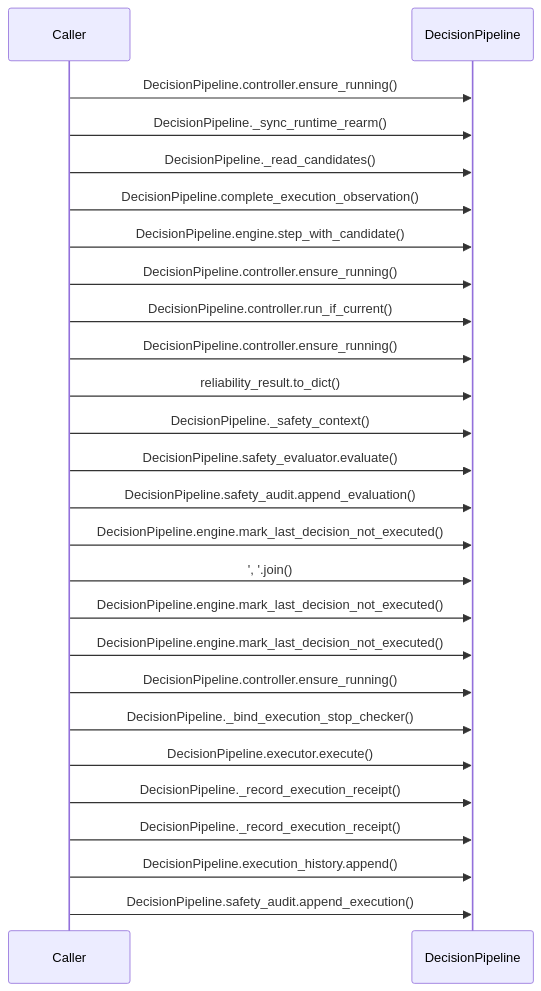
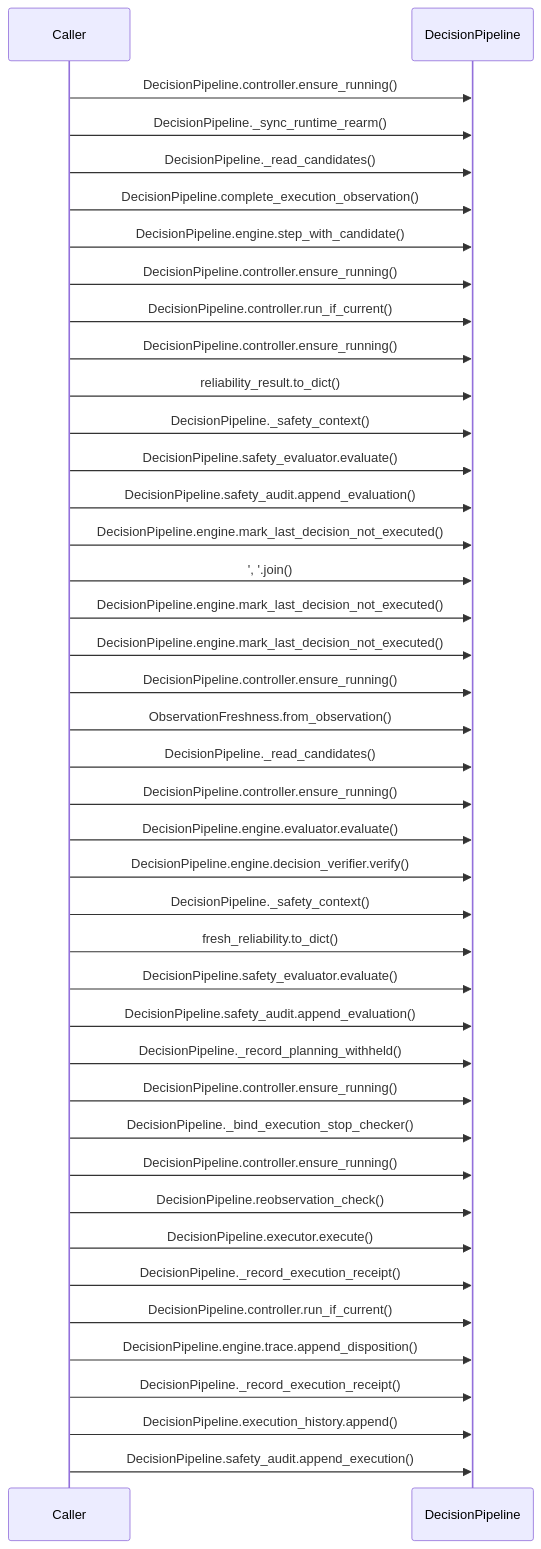
The diagram in doc/sequence_diagram.mmd (tomiya7688/AI_game_player), drawn with Mermaid before and after one commit. The commit also changed 4 other files, not shown here.

Commit message:
docs(planning): preserve comparison provenance and runtime diagrams (#567)

```diff
--- a/doc/sequence_diagram.mmd
+++ b/doc/sequence_diagram.mmd
@@ -1,26 +1,41 @@
 sequenceDiagram
     participant caller as Caller
     participant target as DecisionPipeline
     caller->>target: DecisionPipeline.controller.ensure_running()
     caller->>target: DecisionPipeline._sync_runtime_rearm()
     caller->>target: DecisionPipeline._read_candidates()
     caller->>target: DecisionPipeline.complete_execution_observation()
     caller->>target: DecisionPipeline.engine.step_with_candidate()
     caller->>target: DecisionPipeline.controller.ensure_running()
     caller->>target: DecisionPipeline.controller.run_if_current()
     caller->>target: DecisionPipeline.controller.ensure_running()
     caller->>target: reliability_result.to_dict()
     caller->>target: DecisionPipeline._safety_context()
     caller->>target: DecisionPipeline.safety_evaluator.evaluate()
     caller->>target: DecisionPipeline.safety_audit.append_evaluation()
     caller->>target: DecisionPipeline.engine.mark_last_decision_not_executed()
     caller->>target: ', '.join()
     caller->>target: DecisionPipeline.engine.mark_last_decision_not_executed()
     caller->>target: DecisionPipeline.engine.mark_last_decision_not_executed()
     caller->>target: DecisionPipeline.controller.ensure_running()
+    caller->>target: ObservationFreshness.from_observation()
+    caller->>target: DecisionPipeline._read_candidates()
+    caller->>target: DecisionPipeline.controller.ensure_running()
+    caller->>target: DecisionPipeline.engine.evaluator.evaluate()
+    caller->>target: DecisionPipeline.engine.decision_verifier.verify()
+    caller->>target: DecisionPipeline._safety_context()
+    caller->>target: fresh_reliability.to_dict()
+    caller->>target: DecisionPipeline.safety_evaluator.evaluate()
+    caller->>target: DecisionPipeline.safety_audit.append_evaluation()
+    caller->>target: DecisionPipeline._record_planning_withheld()
+    caller->>target: DecisionPipeline.controller.ensure_running()
     caller->>target: DecisionPipeline._bind_execution_stop_checker()
+    caller->>target: DecisionPipeline.controller.ensure_running()
+    caller->>target: DecisionPipeline.reobservation_check()
     caller->>target: DecisionPipeline.executor.execute()
     caller->>target: DecisionPipeline._record_execution_receipt()
+    caller->>target: DecisionPipeline.controller.run_if_current()
+    caller->>target: DecisionPipeline.engine.trace.append_disposition()
     caller->>target: DecisionPipeline._record_execution_receipt()
     caller->>target: DecisionPipeline.execution_history.append()
     caller->>target: DecisionPipeline.safety_audit.append_execution()
```
